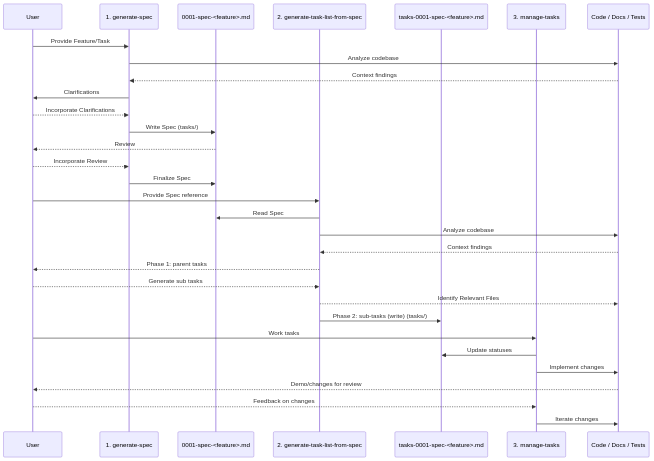
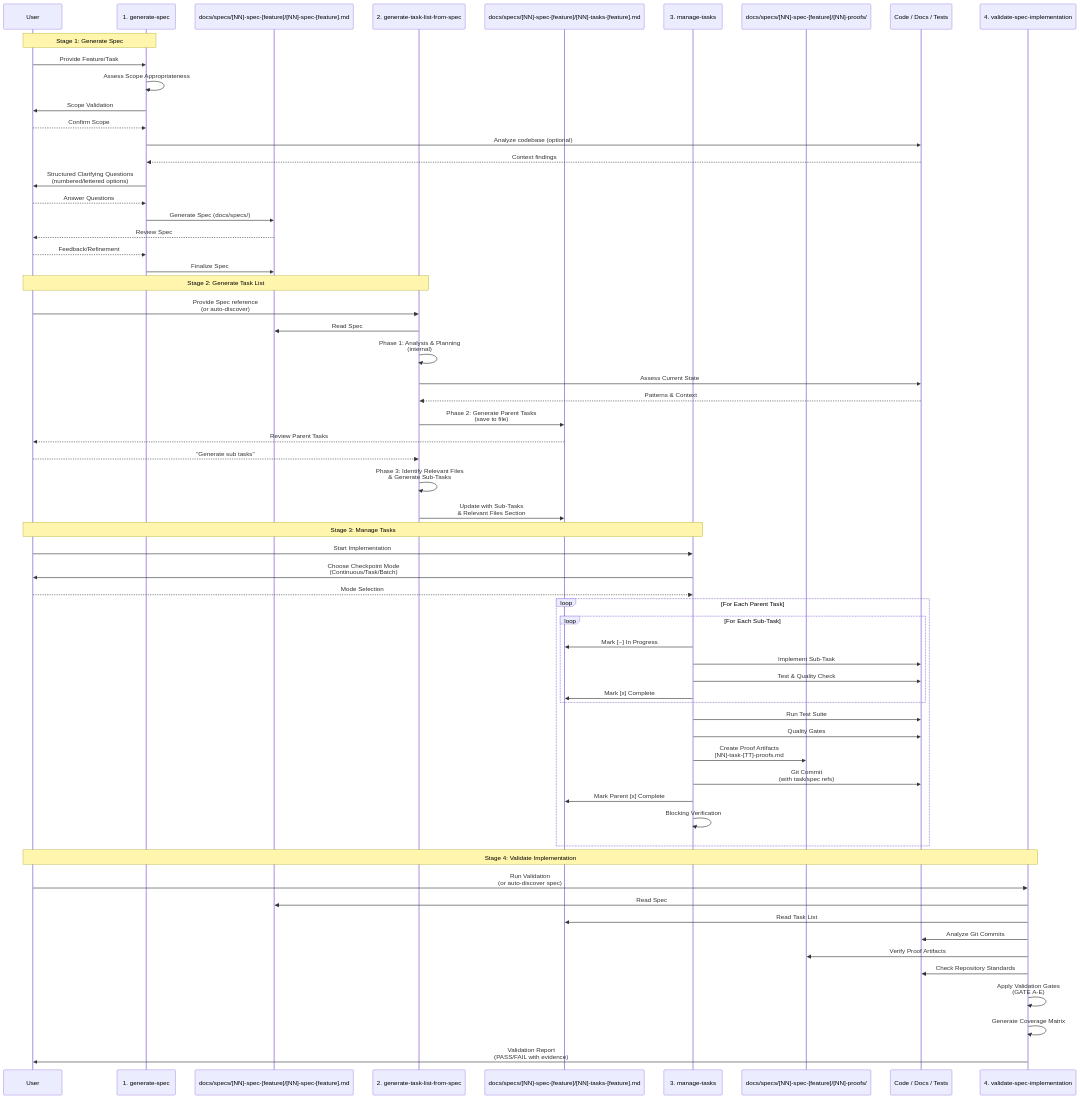
The diagram in README.md (liatrio-labs/spec-driven-workflow), drawn with Mermaid before and after one commit. The commit also changed other lines of this file, not shown here.

````diff
--- a/README.md
+++ b/README.md
@@ -99,36 +128,68 @@
 ```mermaid
 sequenceDiagram
   participant U as User
   participant GS as 1. generate-spec
-  participant SPEC as 0001-spec-<feature>.md
+  participant SPEC as docs/specs/[NN]-spec-[feature]/[NN]-spec-[feature].md
   participant GT as 2. generate-task-list-from-spec
-  participant TL as tasks-0001-spec-<feature>.md
+  participant TL as docs/specs/[NN]-spec-[feature]/[NN]-tasks-[feature].md
   participant MT as 3. manage-tasks
+  participant PROOFS as docs/specs/[NN]-spec-[feature]/[NN]-proofs/
   participant CODE as Code / Docs / Tests
+  participant VAL as 4. validate-spec-implementation
 
+  Note over U,GS: Stage 1: Generate Spec
   U->>GS: Provide Feature/Task
-  GS->>CODE: Analyze codebase
+  GS->>GS: Assess Scope Appropriateness
+  GS->>U: Scope Validation
+  U-->>GS: Confirm Scope
+  GS->>CODE: Analyze codebase (optional)
   CODE-->>GS: Context findings
-  GS->>U: Clarifications
-  U-->>GS: Incorporate Clarifications
-  GS->>SPEC: Write Spec (tasks/)
-  SPEC-->>U: Review
-  U-->>GS: Incorporate Review
+  GS->>U: Structured Clarifying Questions<br/>(numbered/lettered options)
+  U-->>GS: Answer Questions
+  GS->>SPEC: Generate Spec (docs/specs/)
+  SPEC-->>U: Review Spec
+  U-->>GS: Feedback/Refinement
   GS->>SPEC: Finalize Spec
 
-  U->>GT: Provide Spec reference
+  Note over U,GT: Stage 2: Generate Task List
+  U->>GT: Provide Spec reference<br/>(or auto-discover)
   GT->>SPEC: Read Spec
-  GT->>CODE: Analyze codebase
-  CODE-->>GT: Context findings
-  GT-->>U: Phase 1: parent tasks
-  U-->>GT: Generate sub tasks
-  GT-->>CODE: Identify Relevant Files
-  GT->>TL: Phase 2: sub-tasks (write) (tasks/)
+  GT->>GT: Phase 1: Analysis & Planning<br/>(internal)
+  GT->>CODE: Assess Current State
+  CODE-->>GT: Patterns & Context
+  GT->>TL: Phase 2: Generate Parent Tasks<br/>(save to file)
+  TL-->>U: Review Parent Tasks
+  U-->>GT: "Generate sub tasks"
+  GT->>GT: Phase 3: Identify Relevant Files<br/>& Generate Sub-Tasks
+  GT->>TL: Update with Sub-Tasks<br/>& Relevant Files Section
 
-  U->>MT: Work tasks
-  MT->>TL: Update statuses
-  MT->>CODE: Implement changes
-  CODE-->>U: Demo/changes for review
-  U-->>MT: Feedback on changes
-  MT->>CODE: Iterate changes
+  Note over U,MT: Stage 3: Manage Tasks
+  U->>MT: Start Implementation
+  MT->>U: Choose Checkpoint Mode<br/>(Continuous/Task/Batch)
+  U-->>MT: Mode Selection
+  loop For Each Parent Task
+    loop For Each Sub-Task
+      MT->>TL: Mark [~] In Progress
+      MT->>CODE: Implement Sub-Task
+      MT->>CODE: Test & Quality Check
+      MT->>TL: Mark [x] Complete
+    end
+    MT->>CODE: Run Test Suite
+    MT->>CODE: Quality Gates
+    MT->>PROOFS: Create Proof Artifacts<br/>[NN]-task-[TT]-proofs.md
+    MT->>CODE: Git Commit<br/>(with task/spec refs)
+    MT->>TL: Mark Parent [x] Complete
+    MT->>MT: Blocking Verification
+  end
+
+  Note over U,VAL: Stage 4: Validate Implementation
+  U->>VAL: Run Validation<br/>(or auto-discover spec)
+  VAL->>SPEC: Read Spec
+  VAL->>TL: Read Task List
+  VAL->>CODE: Analyze Git Commits
+  VAL->>PROOFS: Verify Proof Artifacts
+  VAL->>CODE: Check Repository Standards
+  VAL->>VAL: Apply Validation Gates<br/>(GATE A-E)
+  VAL->>VAL: Generate Coverage Matrix
+  VAL->>U: Validation Report<br/>(PASS/FAIL with evidence)
 ```
````
